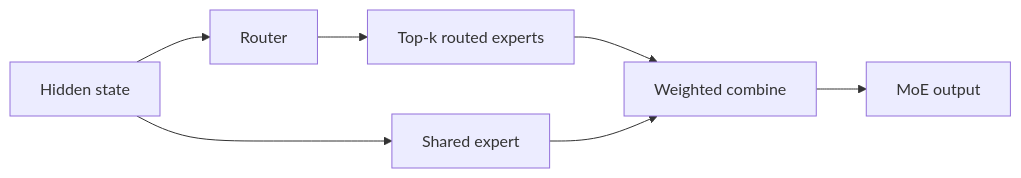
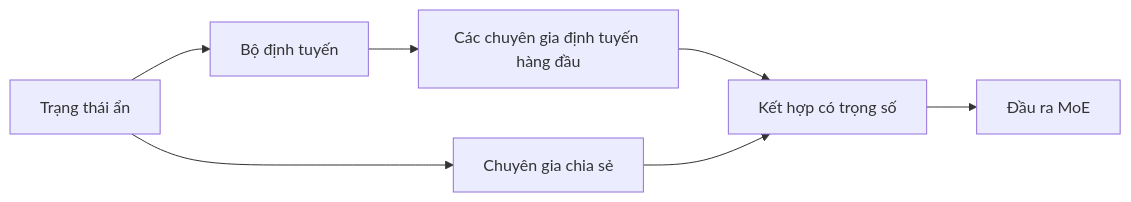
The second of 3 diagrams in docs/research_finding/01-gwen/qwen_models/Qwen3.5/architecture.md (cycler04/VinRobotics-VLA), drawn with Mermaid before and after one commit. The commit also changed other lines of this file and 24 other files, not shown here.

````diff
--- a/docs/research_finding/01-gwen/qwen_models/Qwen3.5/architecture.md
+++ b/docs/research_finding/01-gwen/qwen_models/Qwen3.5/architecture.md
@@ -189,9 +189,9 @@
 ```mermaid
 flowchart LR
-  H[Hidden state] --> R[Router]
-  R --> E1[Top-k routed experts]
-  H --> S[Shared expert]
-  E1 --> C[Weighted combine]
+  H[Trạng thái ẩn] --> R[Bộ định tuyến]
+  R --> E1[Các chuyên gia định tuyến hàng đầu]
+  H --> S[Chuyên gia chia sẻ]
+  E1 --> C[Kết hợp có trọng số]
   S --> C
-  C --> O[MoE output]
+  C --> O[Đầu ra MoE]
 ```
````
